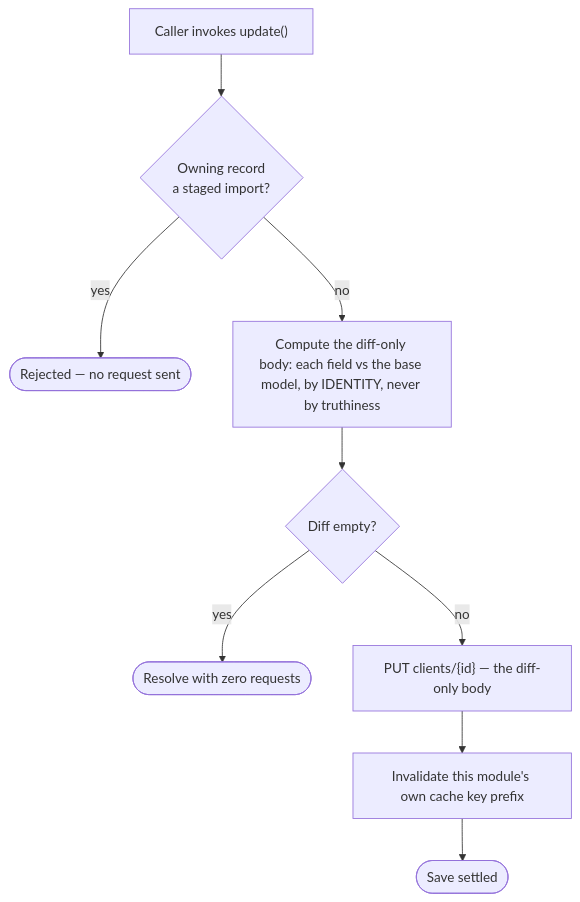
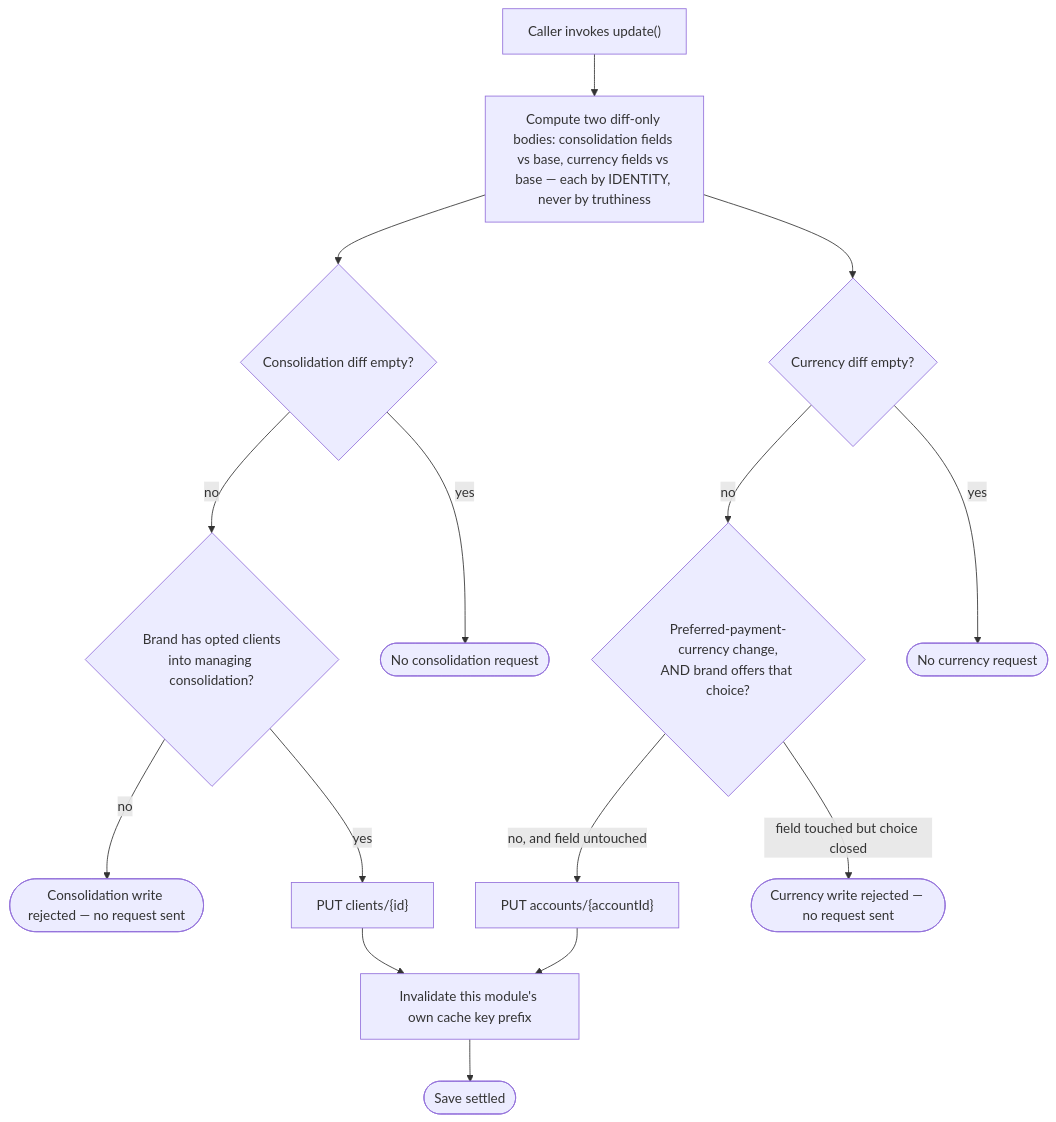
Before and after one commit to upmind/upmind-ui: the third of 4 diagrams in packages/headless/src/modules/client-billing-settings/docs/architecture.md, drawn with Mermaid. The commit also changed other lines of this file and 4606 other files, not shown here.

````diff
--- a/packages/headless/src/modules/client-billing-settings/docs/architecture.md
+++ b/packages/headless/src/modules/client-billing-settings/docs/architecture.md
@@ -48,11 +48,17 @@
 ```mermaid
 flowchart TD
-  save["Caller invokes update()"] --> locked{"Owning record<br/>a staged import?"}
-  locked -- yes --> reject(["Rejected — no request sent"])
-  locked -- no --> diff["Compute the diff-only body: each field vs the base model, by IDENTITY, never by truthiness"]
-  diff --> empty{"Diff empty?"}
-  empty -- yes --> noop(["Resolve with zero requests"])
-  empty -- no --> put["PUT clients/{id} — the diff-only body"]
-  put --> invalidate["Invalidate this module's own cache key prefix"]
+  save["Caller invokes update()"] --> diff["Compute two diff-only bodies: consolidation fields vs base, currency fields vs base — each by IDENTITY, never by truthiness"]
+  diff --> cEmpty{"Consolidation diff empty?"}
+  cEmpty -- no --> cGate{"Brand has opted clients<br/>into managing consolidation?"}
+  cGate -- no --> cReject(["Consolidation write rejected — no request sent"])
+  cGate -- yes --> cPut["PUT clients/{id}"]
+  cEmpty -- yes --> cNoop(["No consolidation request"])
+  diff --> curEmpty{"Currency diff empty?"}
+  curEmpty -- no --> curGate{"Preferred-payment-currency change,<br/>AND brand offers that choice?"}
+  curGate -- no, and field untouched --> curPut["PUT accounts/{accountId}"]
+  curGate -- field touched but choice closed --> curReject(["Currency write rejected — no request sent"])
+  curEmpty -- yes --> curNoop(["No currency request"])
+  cPut --> invalidate["Invalidate this module's own cache key prefix"]
+  curPut --> invalidate
   invalidate --> done(["Save settled"])
 ```
````
